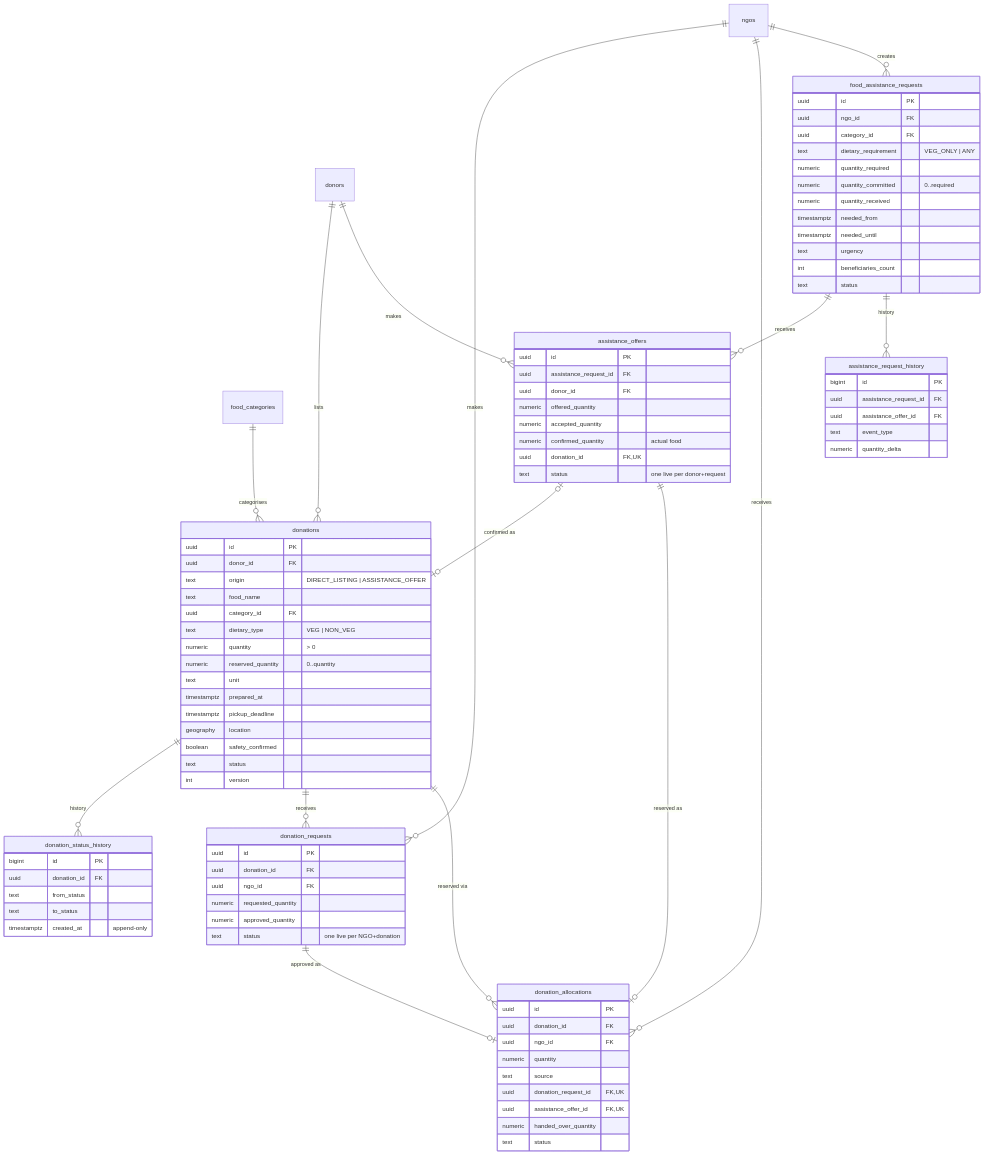
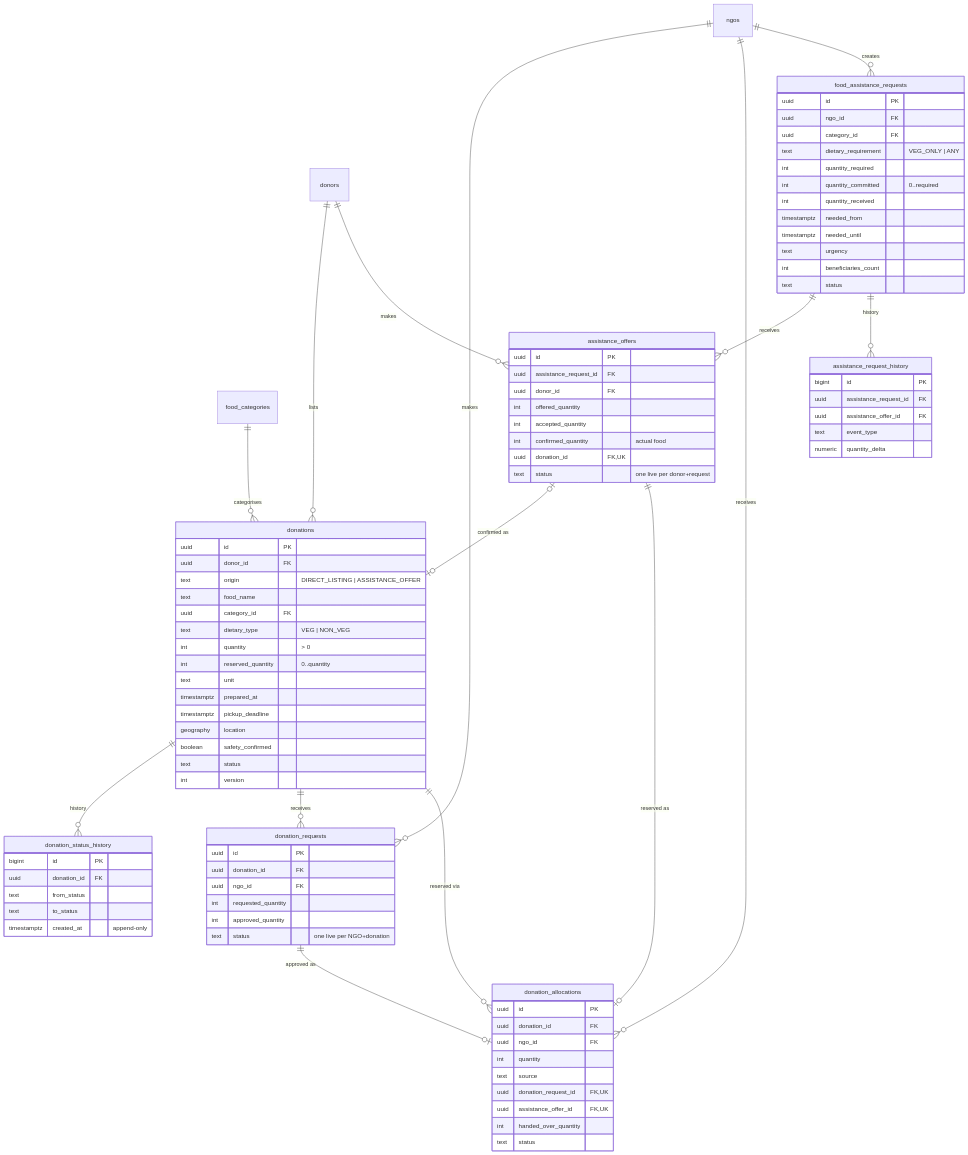
Before and after one commit to sejal0324/Foodbridge: the third of 7 diagrams in docs/ER_DIAGRAM.md, drawn with Mermaid. The commit also changed other lines of this file and 673 other files, not shown here.

```diff
--- a/docs/ER_DIAGRAM.md
+++ b/docs/ER_DIAGRAM.md
@@ -172,8 +172,8 @@
         text food_name
         uuid category_id FK
         text dietary_type "VEG | NON_VEG"
-        numeric quantity "> 0"
-        numeric reserved_quantity "0..quantity"
+        int quantity "> 0"
+        int reserved_quantity "0..quantity"
         text unit
         timestamptz prepared_at
         timestamptz pickup_deadline
@@ -193,19 +193,19 @@
         uuid id PK
         uuid donation_id FK
         uuid ngo_id FK
-        numeric requested_quantity
-        numeric approved_quantity
+        int requested_quantity
+        int approved_quantity
         text status "one live per NGO+donation"
     }
     donation_allocations {
         uuid id PK
         uuid donation_id FK
         uuid ngo_id FK
-        numeric quantity
+        int quantity
         text source
         uuid donation_request_id FK, UK
         uuid assistance_offer_id FK, UK
-        numeric handed_over_quantity
+        int handed_over_quantity
         text status
     }
     food_assistance_requests {
@@ -213,9 +213,9 @@
         uuid ngo_id FK
         uuid category_id FK
         text dietary_requirement "VEG_ONLY | ANY"
-        numeric quantity_required
-        numeric quantity_committed "0..required"
-        numeric quantity_received
+        int quantity_required
+        int quantity_committed "0..required"
+        int quantity_received
         timestamptz needed_from
         timestamptz needed_until
         text urgency
@@ -226,9 +226,9 @@
         uuid id PK
         uuid assistance_request_id FK
         uuid donor_id FK
-        numeric offered_quantity
-        numeric accepted_quantity
-        numeric confirmed_quantity "actual food"
+        int offered_quantity
+        int accepted_quantity
+        int confirmed_quantity "actual food"
         uuid donation_id FK, UK
         text status "one live per donor+request"
     }
```
